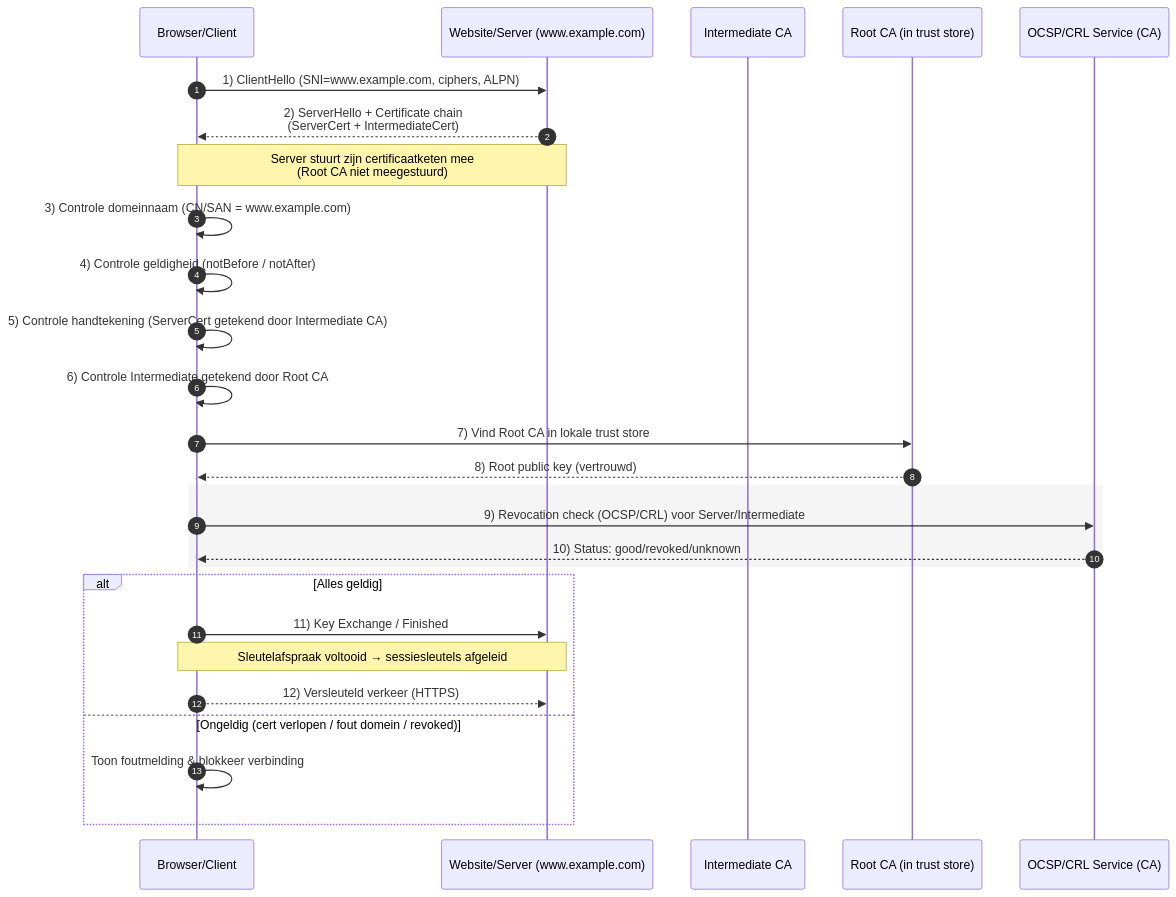
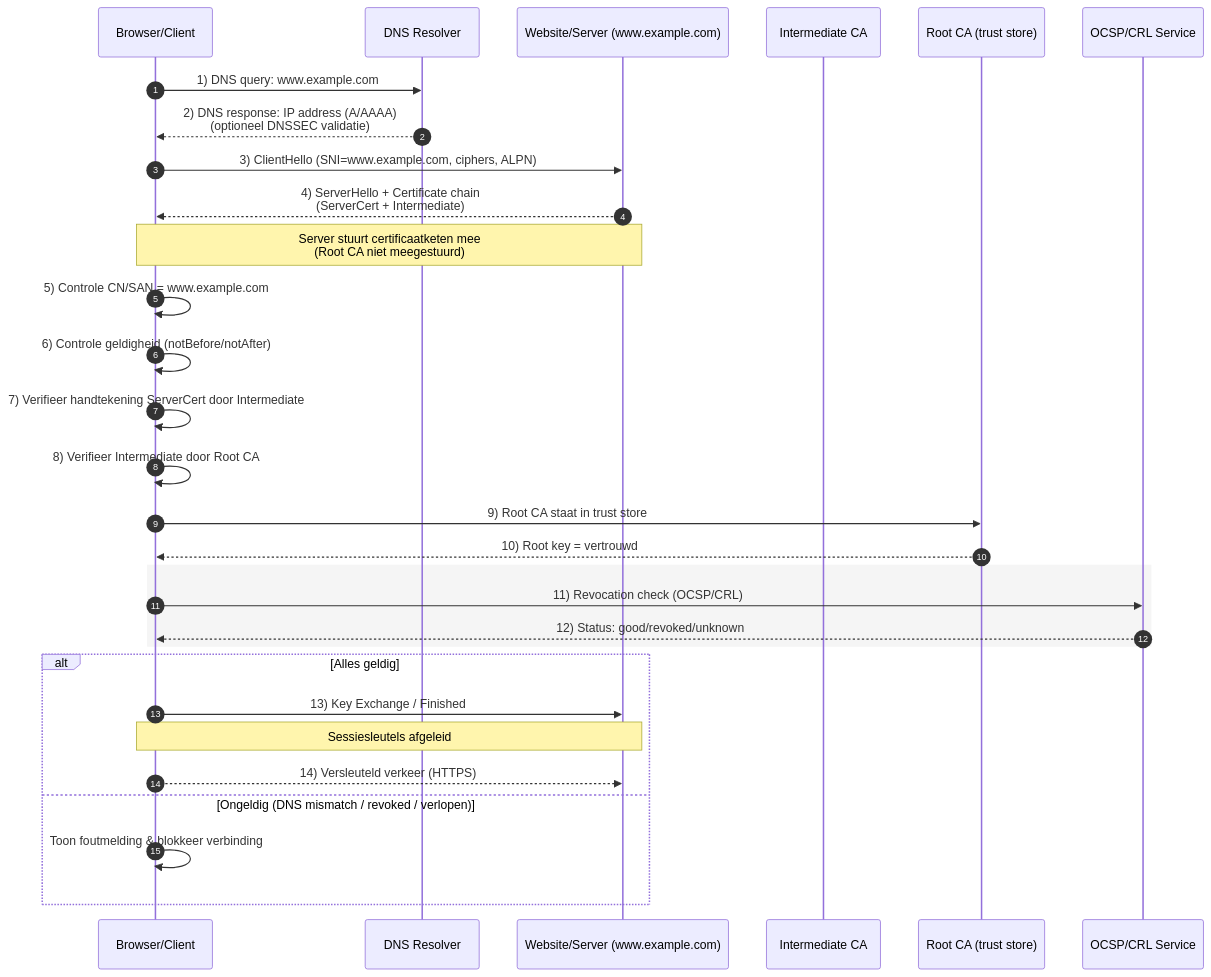
Before and after one commit to ExistenceDenied/CyberSecurity: the diagram in tls-cert-sequence.mmd, drawn with Mermaid.

```diff
--- a/tls-cert-sequence.mmd
+++ b/tls-cert-sequence.mmd
@@ -1,35 +1,39 @@
-%% tls-cert-sequence.mmd
-%% Sequence diagram: hoe certificaten werken in een TLS-verbinding
+%% tls-cert-sequence-with-dns.mmd
+%% Sequence diagram: TLS handshake inclusief DNS en certificaatvalidatie
 
 sequenceDiagram
     autonumber
     participant U as Browser/Client
+    participant DNS as DNS Resolver
     participant S as Website/Server (www.example.com)
     participant IC as Intermediate CA
-    participant RC as Root CA (in trust store)
-    participant OCSP as OCSP/CRL Service (CA)
+    participant RC as Root CA (trust store)
+    participant OCSP as OCSP/CRL Service
 
-    U->>S: 1) ClientHello (SNI=www.example.com, ciphers, ALPN)
-    S-->>U: 2) ServerHello + Certificate chain <br/>(ServerCert + IntermediateCert)
+    U->>DNS: 1) DNS query: www.example.com
+    DNS-->>U: 2) DNS response: IP address (A/AAAA) <br/>(optioneel DNSSEC validatie)
 
-    Note over S,U: Server stuurt zijn certificaatketen mee <br/> (Root CA niet meegestuurd)
+    U->>S: 3) ClientHello (SNI=www.example.com, ciphers, ALPN)
+    S-->>U: 4) ServerHello + Certificate chain <br/>(ServerCert + Intermediate)
 
-    U->>U: 3) Controle domeinnaam (CN/SAN = www.example.com)
-    U->>U: 4) Controle geldigheid (notBefore / notAfter)
-    U->>U: 5) Controle handtekening (ServerCert getekend door Intermediate CA)
-    U->>U: 6) Controle Intermediate getekend door Root CA
-    U->>RC: 7) Vind Root CA in lokale trust store
-    RC-->>U: 8) Root public key (vertrouwd)
+    Note over S,U: Server stuurt certificaatketen mee<br/>(Root CA niet meegestuurd)
+
+    U->>U: 5) Controle CN/SAN = www.example.com
+    U->>U: 6) Controle geldigheid (notBefore/notAfter)
+    U->>U: 7) Verifieer handtekening ServerCert door Intermediate
+    U->>U: 8) Verifieer Intermediate door Root CA
+    U->>RC: 9) Root CA staat in trust store
+    RC-->>U: 10) Root key = vertrouwd
 
     rect rgb(245,245,245)
-    U->>OCSP: 9) Revocation check (OCSP/CRL) voor Server/Intermediate
-    OCSP-->>U: 10) Status: good/revoked/unknown
+    U->>OCSP: 11) Revocation check (OCSP/CRL)
+    OCSP-->>U: 12) Status: good/revoked/unknown
     end
 
     alt Alles geldig
-      U->>S: 11) Key Exchange / Finished
-      Note over U,S: Sleutelafspraak voltooid → sessiesleutels afgeleid
-      U-->>S: 12) Versleuteld verkeer (HTTPS)
-    else Ongeldig (cert verlopen / fout domein / revoked)
+      U->>S: 13) Key Exchange / Finished
+      Note over U,S: Sessiesleutels afgeleid
+      U-->>S: 14) Versleuteld verkeer (HTTPS)
+    else Ongeldig (DNS mismatch / revoked / verlopen)
       U->>U: Toon foutmelding & blokkeer verbinding
     end
```
